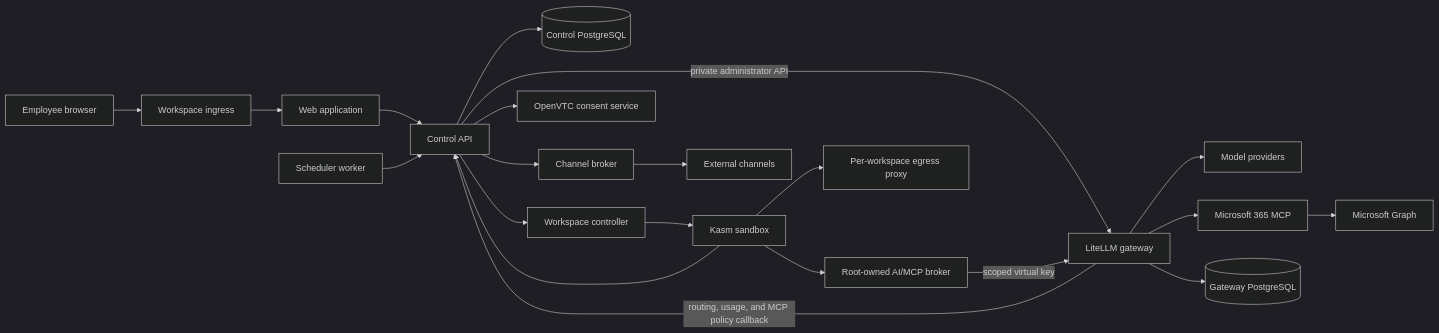
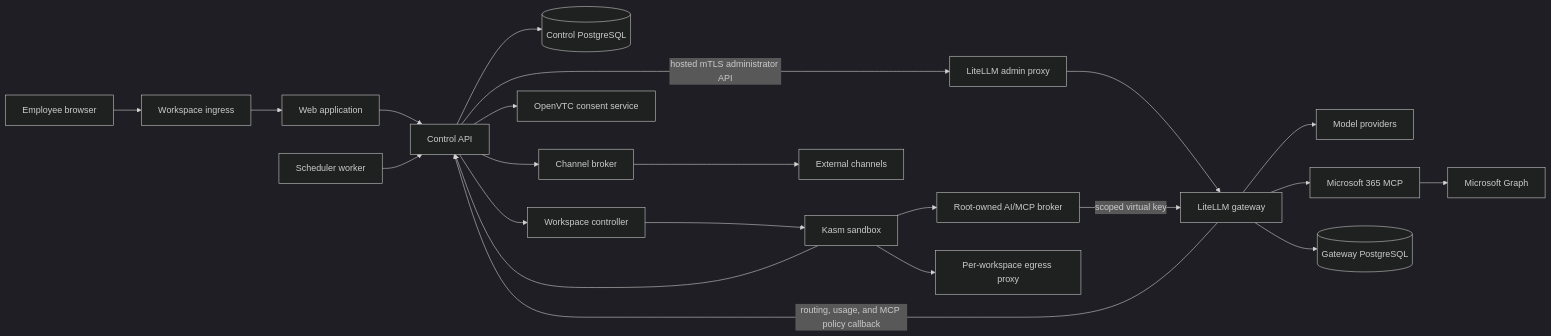
Before and after one commit to ONE-Computer/LemmaComputer: the diagram in README.md, drawn with Mermaid (dark theme). The commit also changed other lines of this file and 13 other files, not shown here.

Commit message:
harden LiteLLM admin transport

````diff
--- a/README.md
+++ b/README.md
@@ -32,26 +32,27 @@
 ```mermaid
 flowchart LR
   Employee["Employee browser"] --> Ingress["Workspace ingress"]
   Ingress --> Web["Web application"]
   Web --> Control["Control API"]
 
   Control --> Store[("Control PostgreSQL")]
   Control --> Controller["Workspace controller"]
   Controller --> Sandbox["Kasm sandbox"]
   Control --> Consent["OpenVTC consent service"]
-  Control -->|"private administrator API"| Gateway["LiteLLM gateway"]
+  Control -->|"hosted mTLS administrator API"| AdminProxy["LiteLLM admin proxy"]
+  AdminProxy --> Gateway["LiteLLM gateway"]
   Gateway -->|"routing, usage, and MCP policy callback"| Control
   Control --> Broker["Channel broker"]
   Scheduler["Scheduler worker"] --> Control
 
   Sandbox --> Loopback["Root-owned AI/MCP broker"]
   Loopback -->|"scoped virtual key"| Gateway
   Sandbox --> Control
   Sandbox --> Egress["Per-workspace egress proxy"]
   Gateway --> Models["Model providers"]
   Gateway --> M365["Microsoft 365 MCP"]
   M365 --> Graph["Microsoft Graph"]
   Broker --> Channels["External channels"]
 
   Gateway --> GatewayStore[("Gateway PostgreSQL")]
 ```
````
